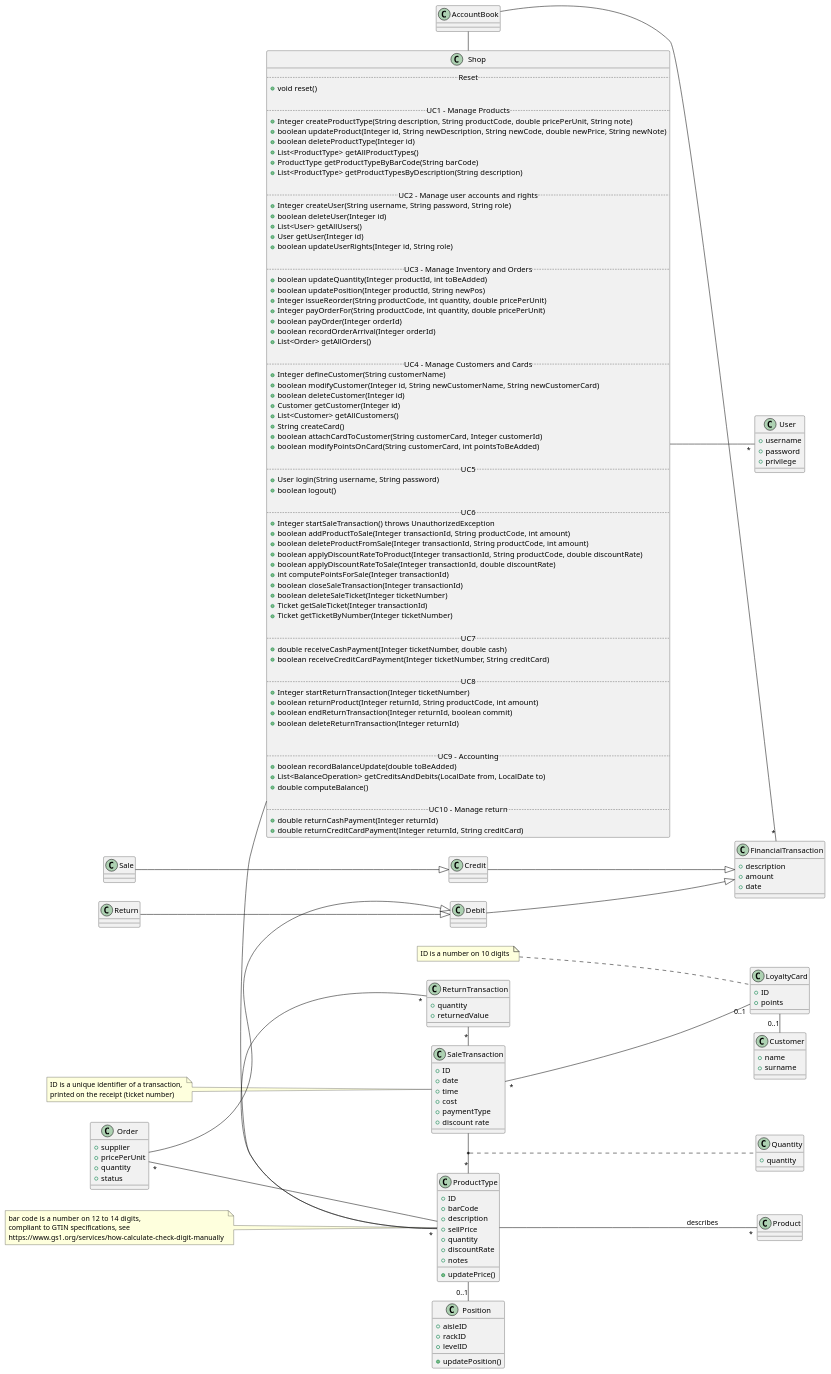
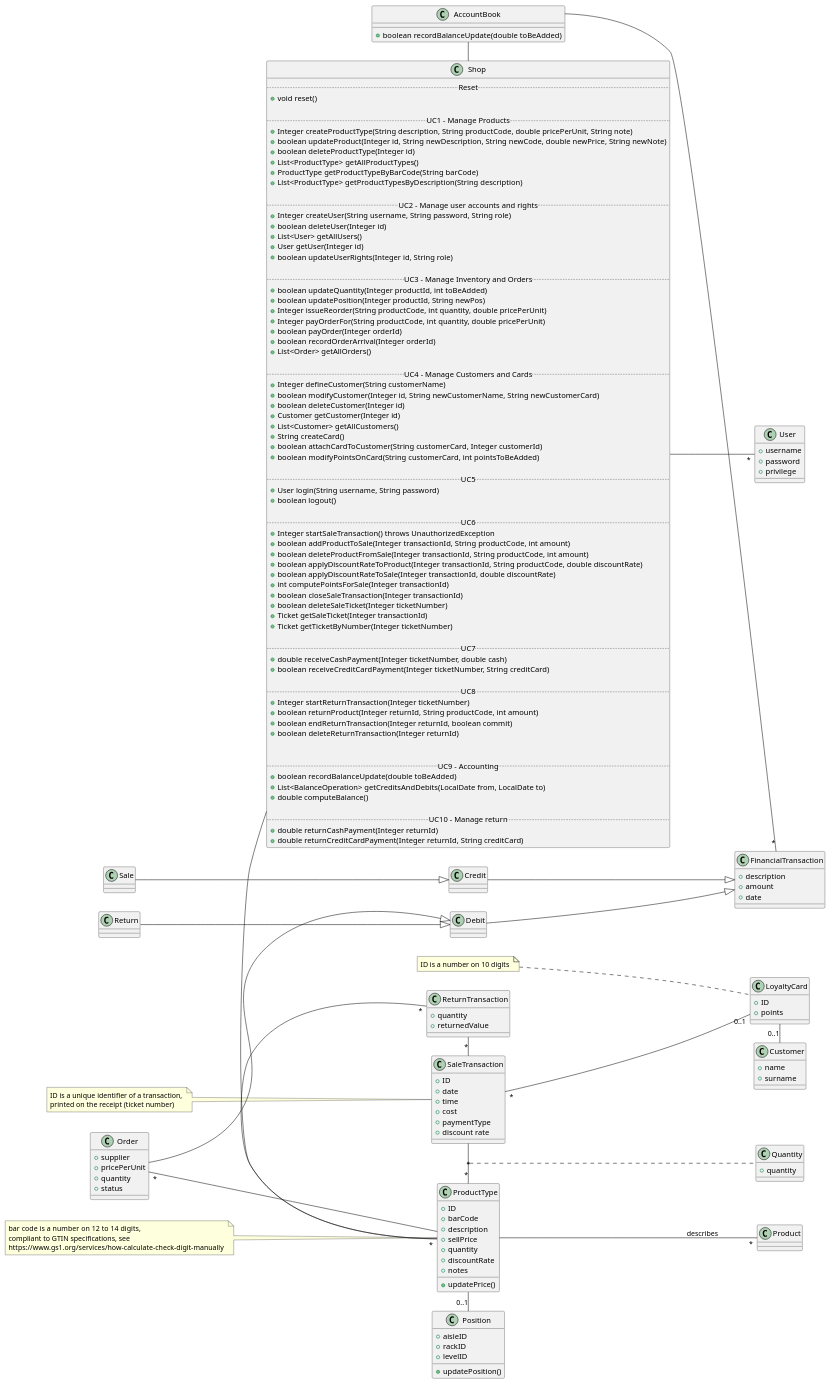
Before and after one commit to Stormz4/group20-EzShop: the second of 14 diagrams in Deliverables/DesignDocument.md, drawn with PlantUML. The commit also changed other lines of this file, not shown here.

Commit message:
Doc: Design Doc - add Sequence Diagram for UC6

```diff
--- a/Deliverables/DesignDocument.md
+++ b/Deliverables/DesignDocument.md
@@ -135,7 +135,9 @@
 
 Shop -- "*" User
 
-class AccountBook 
+class AccountBook {
+ +boolean recordBalanceUpdate(double toBeAdded)
+}
 AccountBook - Shop
 class FinancialTransaction {
  +description
```
